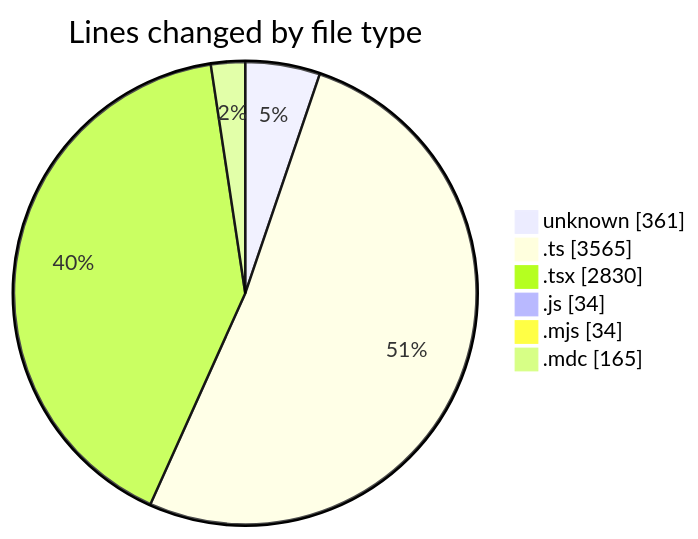
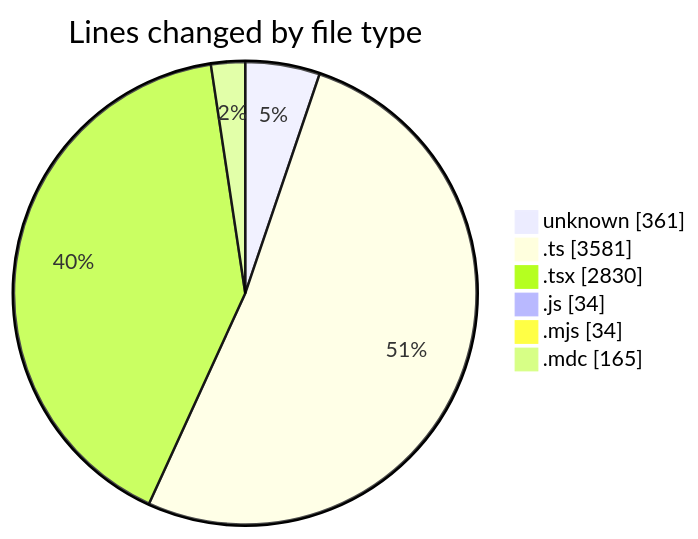
Before and after one commit to CELIANVF/code-tracking: the first of 2 diagrams in 2025-06-13/ecodeli-1/README.md, drawn with Mermaid. The commit also changed other lines of this file and 1 other file, not shown here.

````diff
--- a/2025-06-13/ecodeli-1/README.md
+++ b/2025-06-13/ecodeli-1/README.md
@@ -32,10 +32,10 @@
 ```mermaid
 pie showData
 title Lines changed by file type
 "unknown" : 361
-".ts" : 3565
+".ts" : 3581
 ".tsx" : 2830
 ".js" : 34
 ".mjs" : 34
 ".mdc" : 165
 ```
````
